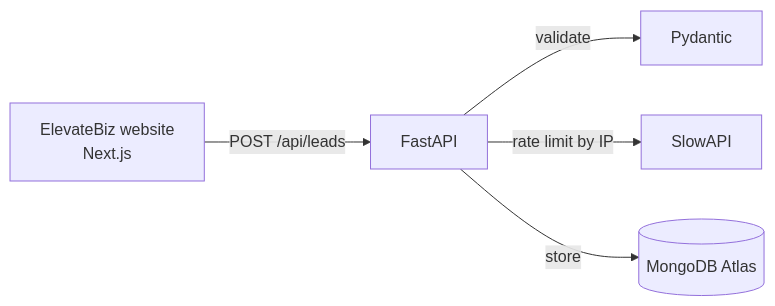
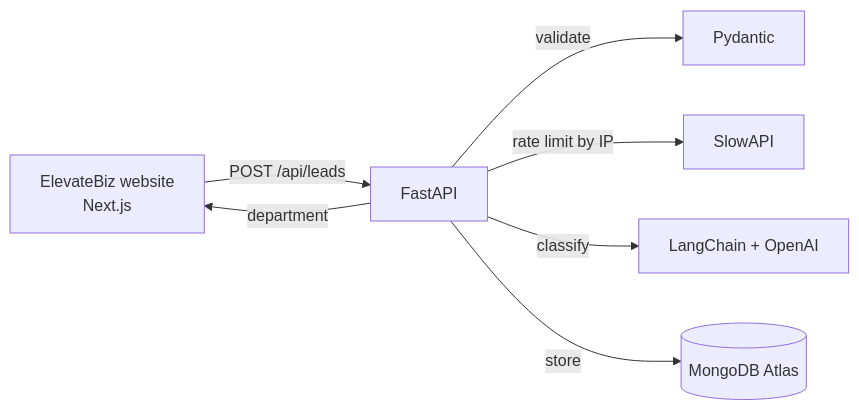
One commit to AntonioGlUs/elevatebiz-api changed the diagram in README.md. Above: the diagram before and after it, drawn with Mermaid. The commit also changed other lines of this file, not shown here.

````diff
--- a/README.md
+++ b/README.md
@@ -11,7 +13,9 @@
 ```mermaid
 flowchart LR
     A[ElevateBiz website<br/>Next.js] -->|POST /api/leads| B[FastAPI]
     B -->|validate| C[Pydantic]
     B -->|rate limit by IP| D[SlowAPI]
+    B -->|classify| F[LangChain + OpenAI]
     B -->|store| E[(MongoDB Atlas)]
+    B -->|department| A
 ```
````
